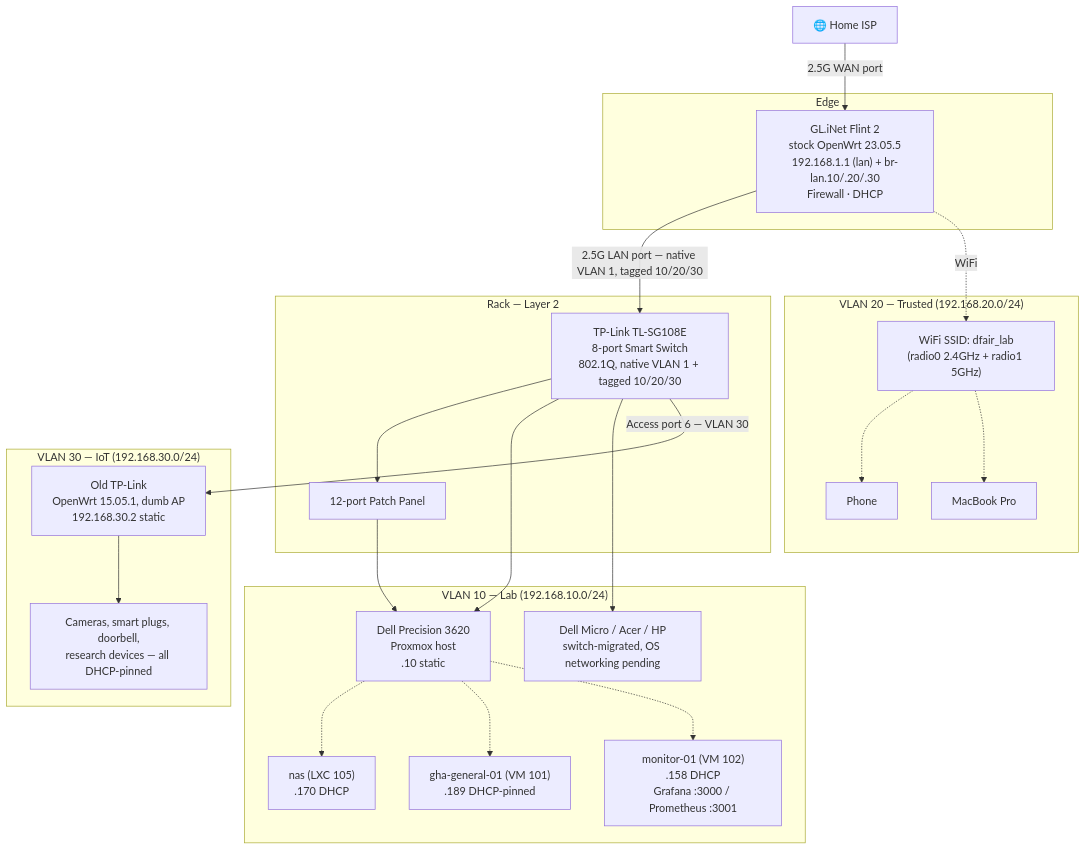
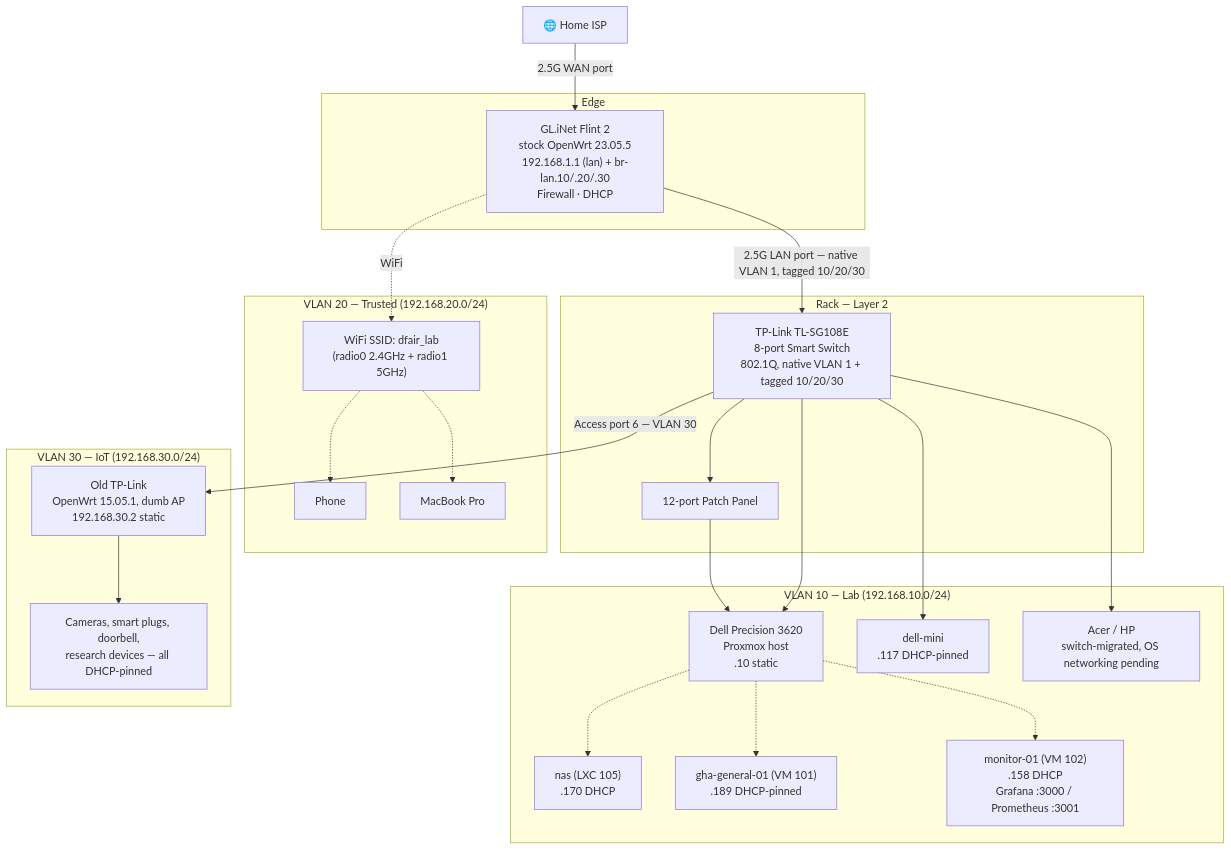
The diagram in docs/networking/README.md (sethbarrett50/home_lab_docs), drawn with Mermaid before and after one commit. The commit also changed other lines of this file and 2 other files, not shown here.

Commit message:
docs: document dell-mini as connected to VLAN 10 (issue #19)
systemd-networkd, DHCP host reservation (192.168.10.117), and
lan/trusted -> :22 firewall rules added. Acer and HP still pending.

````diff
--- a/docs/networking/README.md
+++ b/docs/networking/README.md
@@ -19,47 +19,49 @@
 ```mermaid
 graph TD
     WAN[🌐 Home ISP]
 
     subgraph Edge
         Router["GL.iNet Flint 2\nstock OpenWrt 23.05.5\n192.168.1.1 (lan) + br-lan.10/.20/.30\nFirewall · DHCP"]
     end
 
     subgraph "Rack — Layer 2"
         Switch["TP-Link TL-SG108E\n8-port Smart Switch\n802.1Q, native VLAN 1 + tagged 10/20/30"]
         Patch["12-port Patch Panel"]
     end
 
     subgraph "VLAN 10 — Lab (192.168.10.0/24)"
         PVE["Dell Precision 3620\nProxmox host\n.10 static"]
         NAS["nas (LXC 105)\n.170 DHCP"]
         GHA["gha-general-01 (VM 101)\n.189 DHCP-pinned"]
         MON["monitor-01 (VM 102)\n.158 DHCP\nGrafana :3000 / Prometheus :3001"]
-        DEBIAN["Dell Micro / Acer / HP\nswitch-migrated, OS networking pending"]
+        DELLMINI["dell-mini\n.117 DHCP-pinned"]
+        DEBIAN["Acer / HP\nswitch-migrated, OS networking pending"]
     end
 
     subgraph "VLAN 20 — Trusted (192.168.20.0/24)"
         SSID["WiFi SSID: dfair_lab\n(radio0 2.4GHz + radio1 5GHz)"]
         PHONE["Phone"]
         MBP["MacBook Pro"]
     end
 
     subgraph "VLAN 30 — IoT (192.168.30.0/24)"
         IoTAP["Old TP-Link\nOpenWrt 15.05.1, dumb AP\n192.168.30.2 static"]
         IOTDEV["Cameras, smart plugs, doorbell,\nresearch devices — all DHCP-pinned"]
     end
 
     WAN -->|"2.5G WAN port"| Router
     Router -->|"2.5G LAN port — native VLAN 1, tagged 10/20/30"| Switch
     Switch --> Patch
     Patch --> PVE
     Switch --> PVE
+    Switch --> DELLMINI
     Switch --> DEBIAN
     PVE -.-> NAS
     PVE -.-> GHA
     PVE -.-> MON
     Switch -->|"Access port 6 — VLAN 30"| IoTAP
     IoTAP --> IOTDEV
     Router -.->|"WiFi"| SSID
     SSID -.-> PHONE
     SSID -.-> MBP
 ```
````
